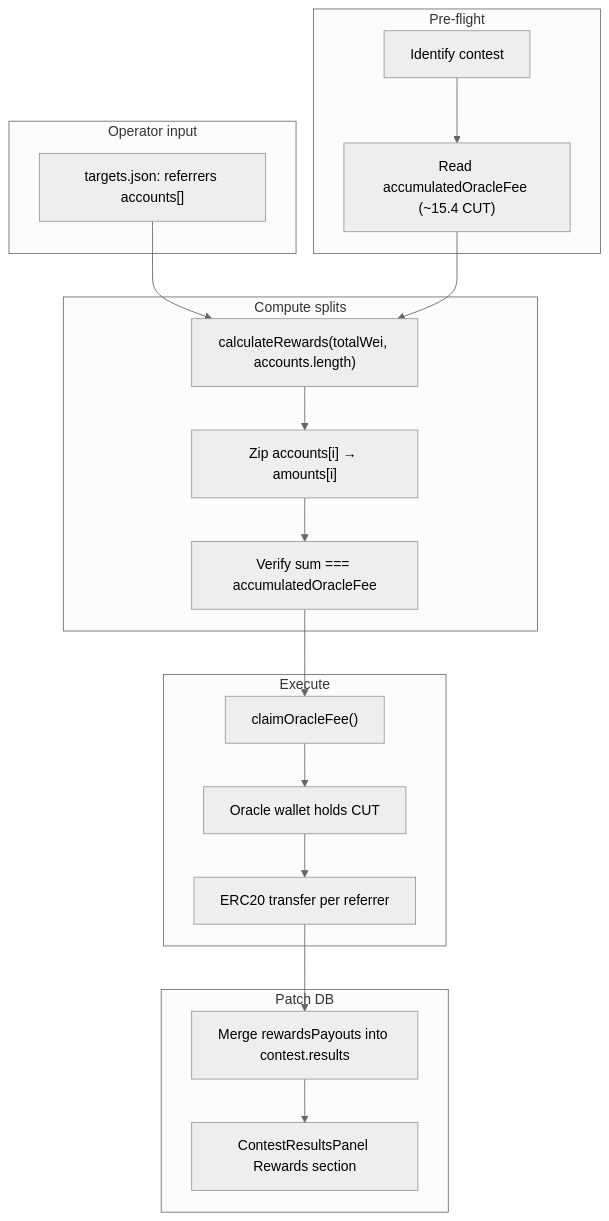
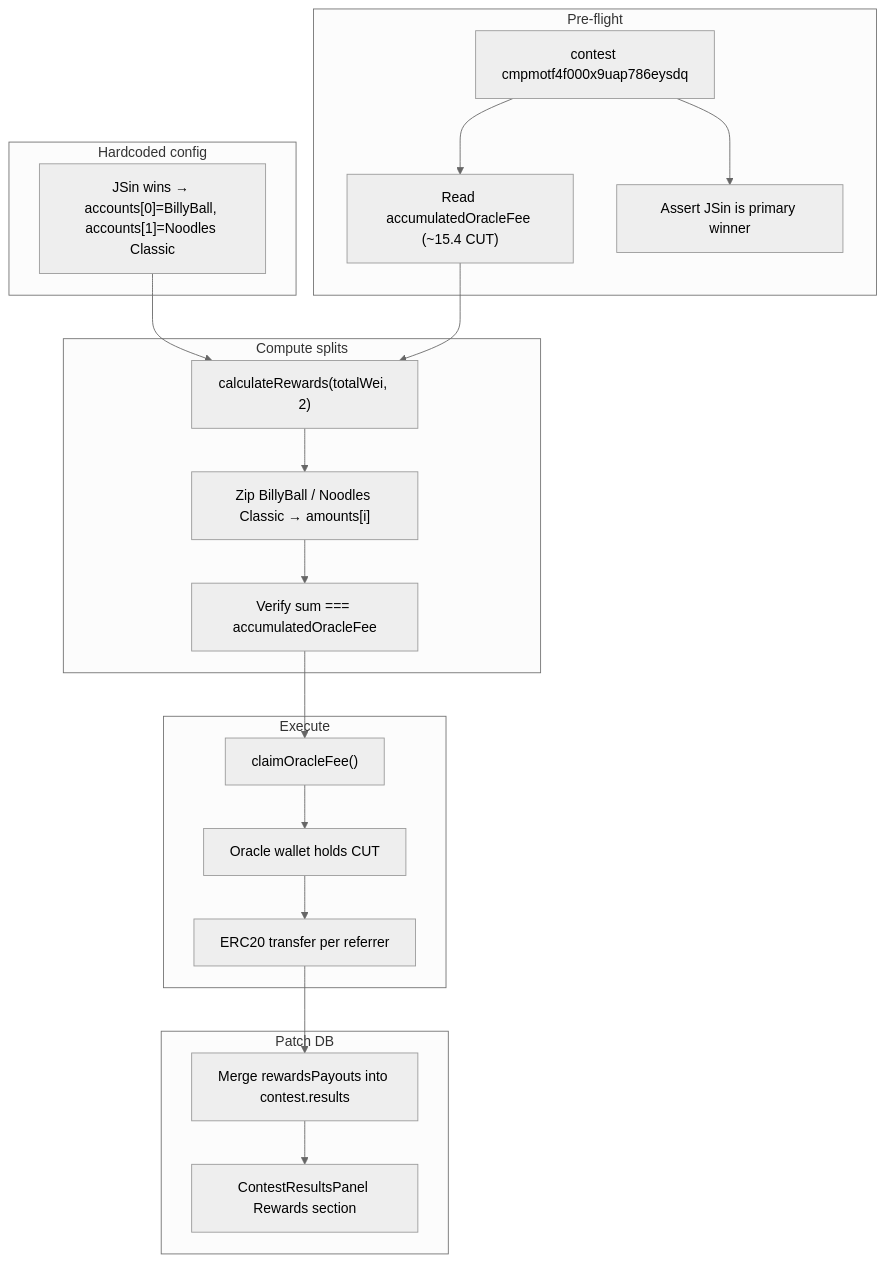
One commit to MagRelo/cut changed the second of 2 diagrams in SIMULATE_INVITE_REWARDS.md. Above: the diagram before and after it, drawn with Mermaid (neutral theme). The commit also changed other lines of this file, not shown here.

Commit message:
Enhance SIMULATE_INVITE_REWARDS.md with detailed runbook for Charles Schwab contest. Specify hardcoded referrer wallets, payout calculations, and expected splits for JSin's primary payout. Update pre-flight checks and clarify script logic for ERC20 transfers and rewards patching.

````diff
--- a/SIMULATE_INVITE_REWARDS.md
+++ b/SIMULATE_INVITE_REWARDS.md
@@ -80,24 +132,25 @@
 ```mermaid
 flowchart TD
-  subgraph input [Operator input]
-    A["targets.json: referrers accounts[]"]
+  subgraph input [Hardcoded config]
+    A["JSin wins → accounts[0]=BillyBall, accounts[1]=Noodles Classic"]
   end
   subgraph preflight [Pre-flight]
-    B[Identify contest] --> C["Read accumulatedOracleFee (~15.4 CUT)"]
+    B["contest cmpmotf4f000x9uap786eysdq"] --> C["Read accumulatedOracleFee (~15.4 CUT)"]
+    B --> B2["Assert JSin is primary winner"]
   end
   subgraph compute [Compute splits]
-    A --> D["calculateRewards(totalWei, accounts.length)"]
+    A --> D["calculateRewards(totalWei, 2)"]
     C --> D
-    D --> E["Zip accounts[i] → amounts[i]"]
+    D --> E["Zip BillyBall / Noodles Classic → amounts[i]"]
     E --> F["Verify sum === accumulatedOracleFee"]
   end
   subgraph execute [Execute]
     F --> G["claimOracleFee()"]
     G --> H[Oracle wallet holds CUT]
     H --> I[ERC20 transfer per referrer]
   end
   subgraph patch [Patch DB]
     I --> J[Merge rewardsPayouts into contest.results]
     J --> K[ContestResultsPanel Rewards section]
   end
 ```
````
